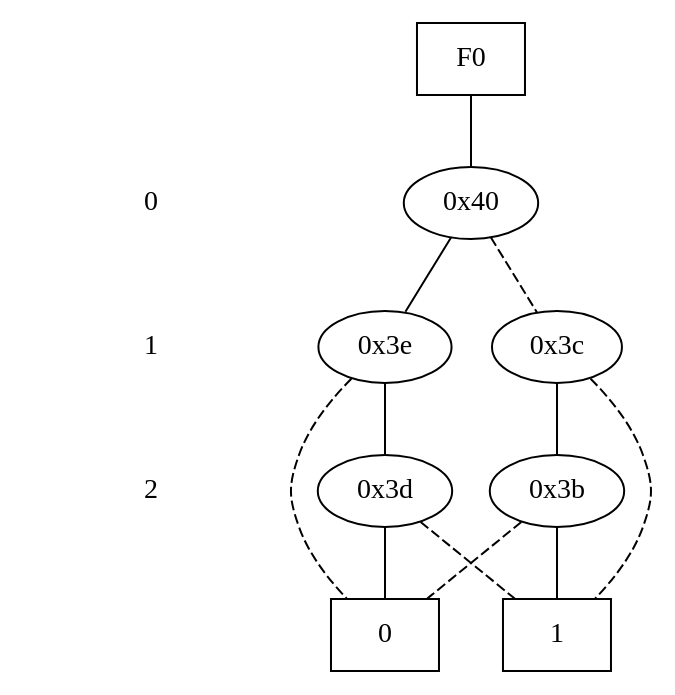
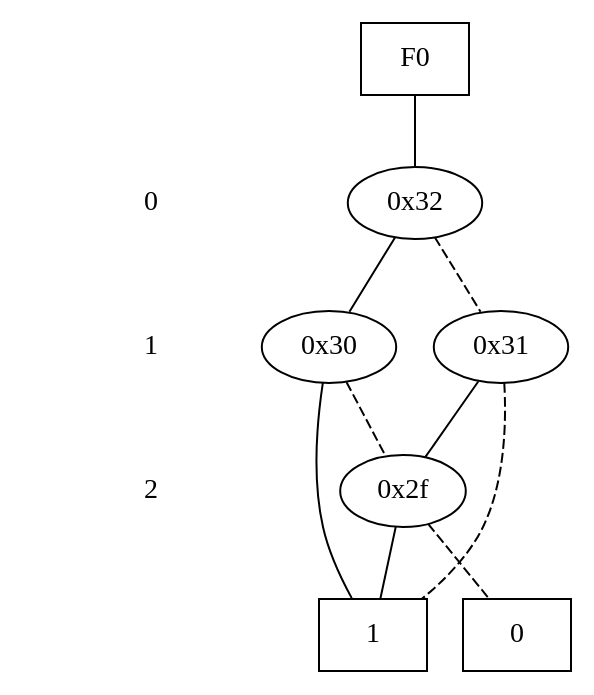
Before and after one commit to brewmaster011/bdd_generator: the diagram in bdd/graph.dot, drawn with Graphviz. The commit also changed 8 other files, not shown here.

```diff
--- a/bdd/graph.dot
+++ b/bdd/graph.dot
@@ -1,41 +1,38 @@
 digraph "DD" {
 size = "7.5,10"
 center = true;
 edge [dir = none];
 { node [shape = plaintext];
   edge [style = invis];
   "CONST NODES" [style = invis];
 " 0 " -> " 1 " -> " 2 " -> "CONST NODES"; 
 }
 { rank = same; node [shape = box]; edge [style = invis];
 "F0"; }
 { rank = same; " 0 ";
-"0x40";
+"0x32";
 }
 { rank = same; " 1 ";
-"0x3c";
-"0x3e";
+"0x30";
+"0x31";
 }
 { rank = same; " 2 ";
-"0x3d";
-"0x3b";
+"0x2f";
 }
 { rank = same; "CONST NODES";
-{ node [shape = box]; "0x26";
-"0x25";
+{ node [shape = box]; "0x25";
+"0x24";
 }
 }
-"F0" -> "0x40" [style = solid];
-"0x40" -> "0x3e";
-"0x40" -> "0x3c" [style = dashed];
-"0x3c" -> "0x3b";
-"0x3c" -> "0x25" [style = dashed];
-"0x3e" -> "0x3d";
-"0x3e" -> "0x26" [style = dashed];
-"0x3d" -> "0x26";
-"0x3d" -> "0x25" [style = dashed];
-"0x3b" -> "0x25";
-"0x3b" -> "0x26" [style = dashed];
-"0x26" [label = "0"];
-"0x25" [label = "1"];
+"F0" -> "0x32" [style = solid];
+"0x32" -> "0x30";
+"0x32" -> "0x31" [style = dashed];
+"0x30" -> "0x24";
+"0x30" -> "0x2f" [style = dashed];
+"0x31" -> "0x2f";
+"0x31" -> "0x24" [style = dashed];
+"0x2f" -> "0x24";
+"0x2f" -> "0x25" [style = dashed];
+"0x25" [label = "0"];
+"0x24" [label = "1"];
 }
```
